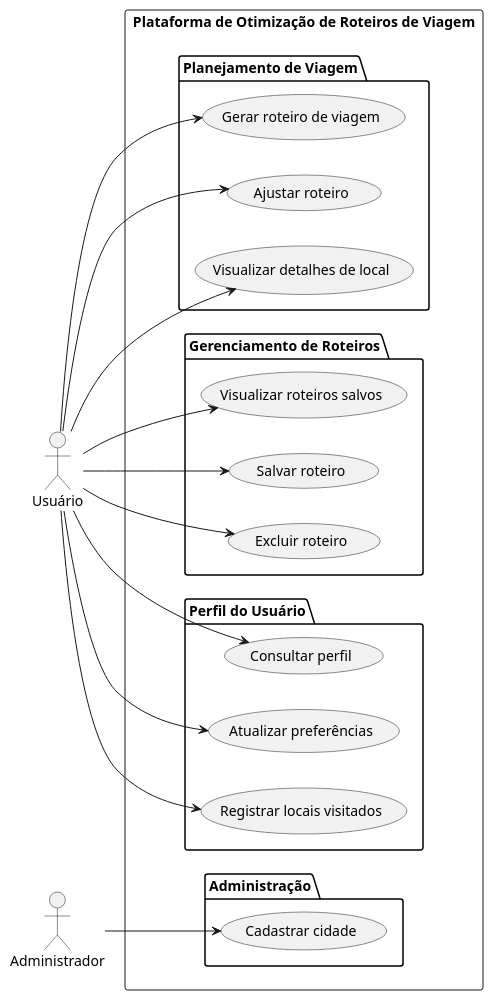
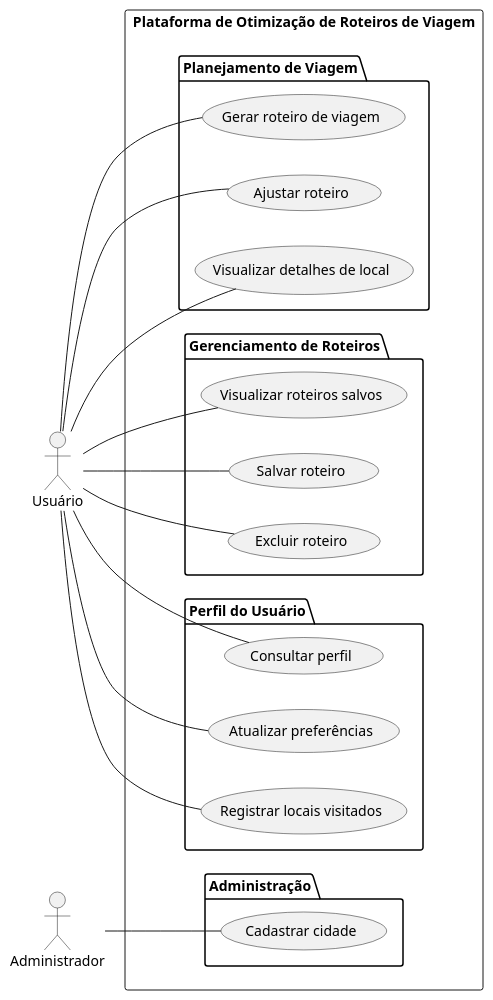
The diagram in Projeto/Documentação/02 - Casos de Uso/Casos de Uso.md (Engomadinhos-de-Salmourao/Grafos), drawn with PlantUML before and after one commit.

Commit message:
Update Casos de Uso.md

```diff
--- a/Projeto/Documentação/02 - Casos de Uso/Casos de Uso.md
+++ b/Projeto/Documentação/02 - Casos de Uso/Casos de Uso.md
@@ -1,44 +1,44 @@
 @startuml
 left to right direction
 
 actor "Usuário" as Usuario
 actor "Administrador" as Admin
 
 rectangle "Plataforma de Otimização de Roteiros de Viagem" {
 
-package "Planejamento de Viagem" {
-usecase "Gerar roteiro de viagem" as UC1
-usecase "Ajustar roteiro" as UC2
-usecase "Visualizar detalhes de local" as UC3
+package "Planejamento de Viagem" { 
+ usecase "Gerar roteiro de viagem" as UC1 
+ usecase "Ajustar roteiro" as UC2 
+ usecase "Visualizar detalhes de local" as UC3 
 }
 
-package "Gerenciamento de Roteiros" {
-usecase "Visualizar roteiros salvos" as UC4
-usecase "Salvar roteiro" as UC5
-usecase "Excluir roteiro" as UC6
+package "Gerenciamento de Roteiros" { 
+ usecase "Visualizar roteiros salvos" as UC4 
+ usecase "Salvar roteiro" as UC5 
+ usecase "Excluir roteiro" as UC6 
 }
 
-package "Perfil do Usuário" {
-usecase "Consultar perfil" as UC7
-usecase "Atualizar preferências" as UC8
-usecase "Registrar locais visitados" as UC9
+package "Perfil do Usuário" { 
+ usecase "Consultar perfil" as UC7
+ usecase "Atualizar preferências" as UC8 
+ usecase "Registrar locais visitados" as UC9 
 }
 
-package "Administração" {
-usecase "Cadastrar cidade" as UC10
-}
+package "Administração" { 
+ usecase "Cadastrar cidade" as UC10 
+} 
 }
 
-Usuario --> UC1
-Usuario --> UC2
-Usuario --> UC3
-Usuario --> UC4
-Usuario --> UC5
-Usuario --> UC6
-Usuario --> UC7
-Usuario --> UC8
-Usuario --> UC9
+Usuario -- UC1
+Usuario -- UC2
+Usuario -- UC3 
+Usuario -- UC4 
+Usuario -- UC5 
+Usuario -- UC6 
+Usuario -- UC7 
+Usuario -- UC8 
+Usuario -- UC9
 
-Admin --> UC10
+Admin -- UC10
 
 @enduml
```
